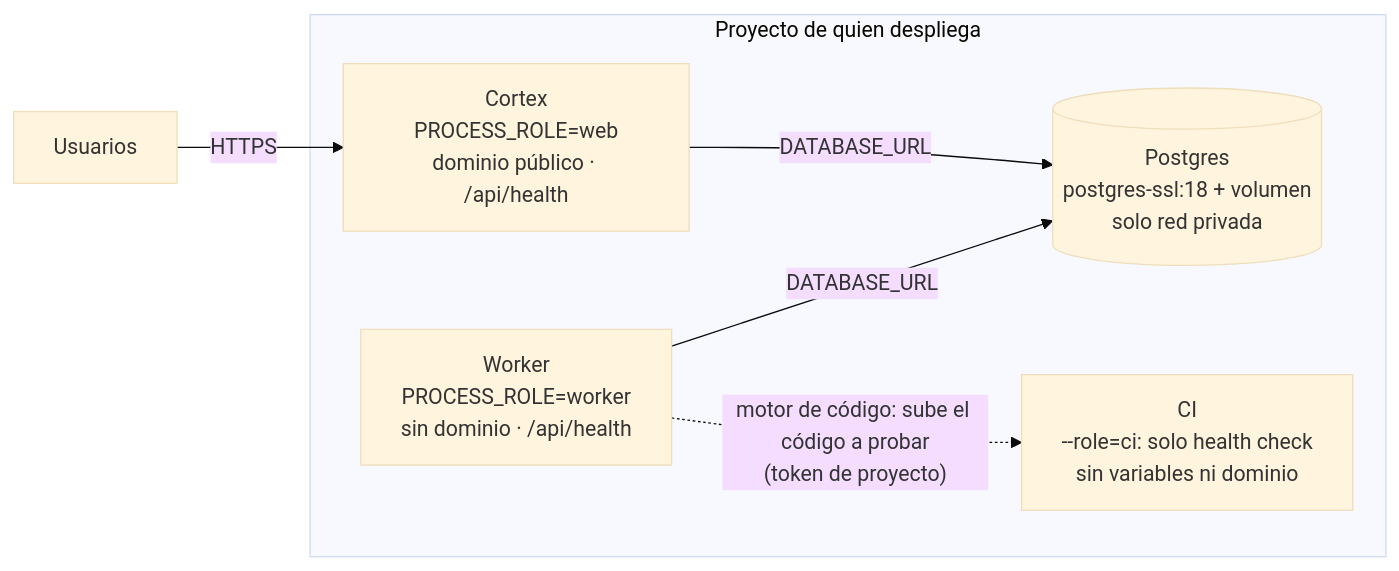
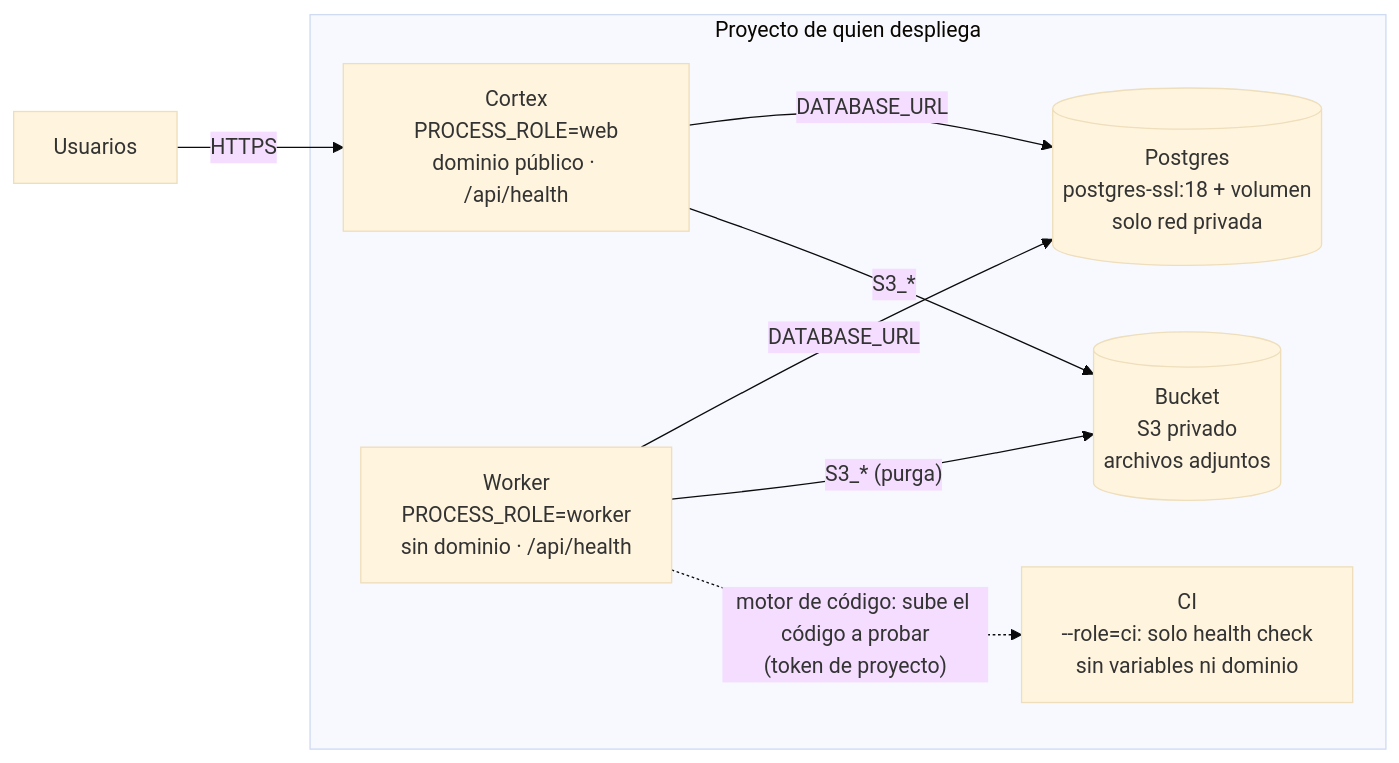
The diagram in docs/RAILWAY_TEMPLATE.md (CortexVed/cortex-crm), drawn with Mermaid (base theme) before and after one commit. The commit also changed other lines of this file and 18 other files, not shown here.

First line of the commit message:
Archivos adjuntos en un bucket S3 (el de la plantilla de Railway)

````diff
--- a/docs/RAILWAY_TEMPLATE.md
+++ b/docs/RAILWAY_TEMPLATE.md
@@ -7,13 +7,16 @@
 ```mermaid
 flowchart LR
   U["Usuarios"] -->|"HTTPS"| C
   subgraph PRJ["Proyecto de quien despliega"]
     C["Cortex<br/>PROCESS_ROLE=web<br/>dominio público · /api/health"]
     W["Worker<br/>PROCESS_ROLE=worker<br/>sin dominio · /api/health"]
     CI["CI<br/>--role=ci: solo health check<br/>sin variables ni dominio"]
     P[("Postgres<br/>postgres-ssl:18 + volumen<br/>solo red privada")]
+    B[("Bucket<br/>S3 privado<br/>archivos adjuntos")]
   end
   C -->|"DATABASE_URL"| P
   W -->|"DATABASE_URL"| P
+  C -->|"S3_*"| B
+  W -->|"S3_* (purga)"| B
   W -.->|"motor de código: sube el código a probar<br/>(token de proyecto)"| CI
 ```
````
